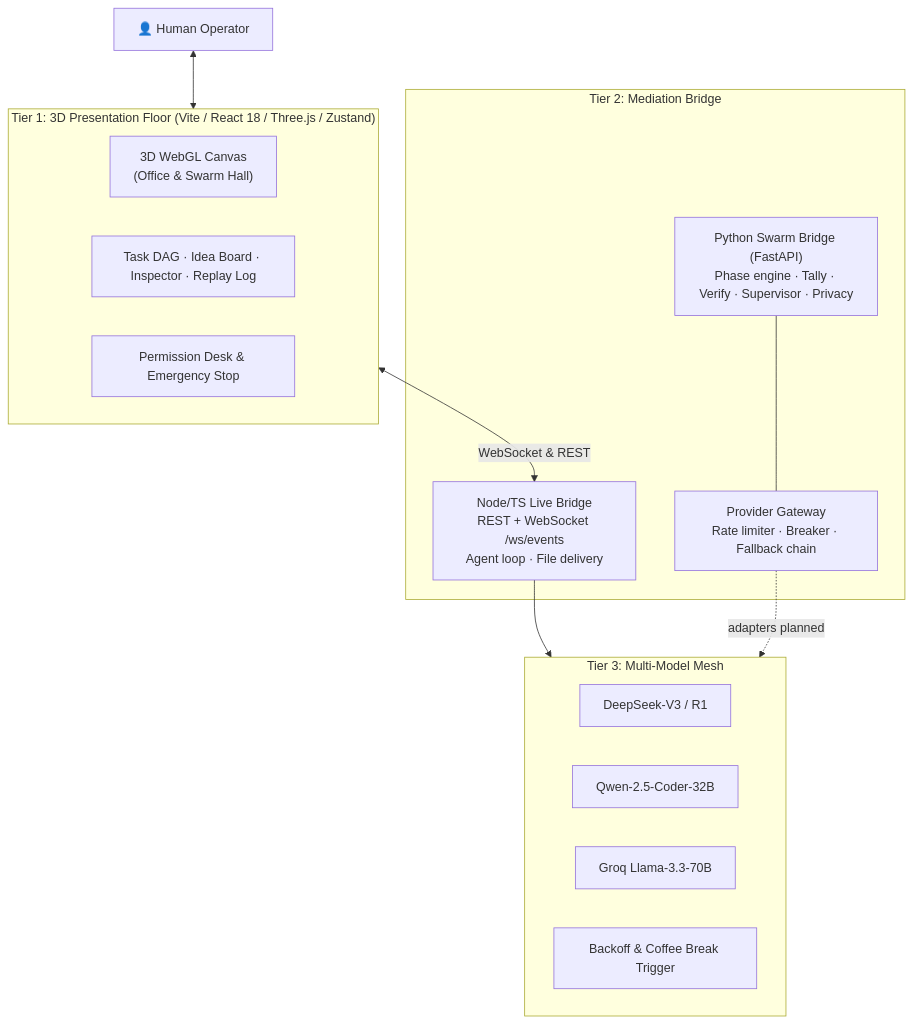
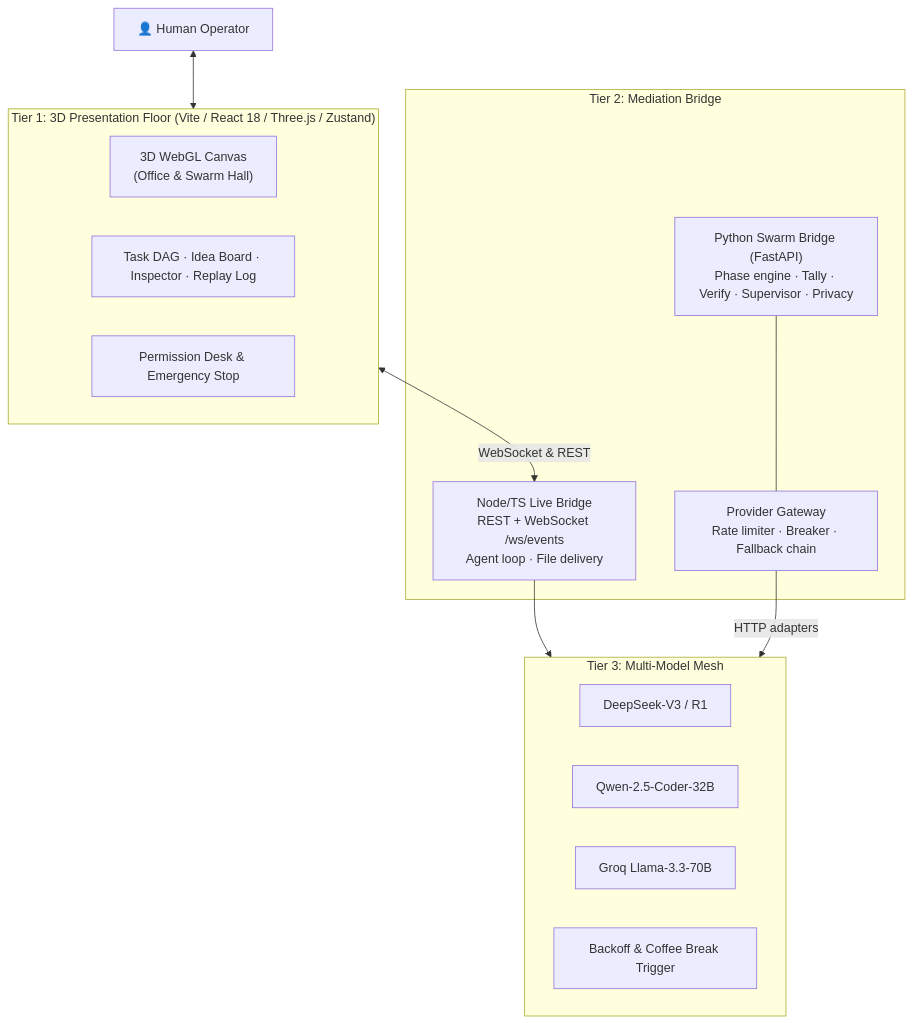
One commit to bhalerao-aditya007/DeskGravity changed the second of 3 diagrams in README.md. Above: the diagram before and after it, drawn with Mermaid. The commit also changed other lines of this file, not shown here.

````diff
--- a/README.md
+++ b/README.md
@@ -134,29 +134,29 @@
 ```mermaid
 flowchart TB
     User["👤 Human Operator"]
 
     subgraph Floor["Tier 1: 3D Presentation Floor (Vite / React 18 / Three.js / Zustand)"]
         Canvas["3D WebGL Canvas<br/>(Office & Swarm Hall)"]
         Panels["Task DAG · Idea Board · Inspector · Replay Log"]
         Safety["Permission Desk & Emergency Stop"]
     end
 
     subgraph Bridge["Tier 2: Mediation Bridge"]
         Node["Node/TS Live Bridge<br/>REST + WebSocket /ws/events<br/>Agent loop · File delivery"]
         Py["Python Swarm Bridge (FastAPI)<br/>Phase engine · Tally · Verify · Supervisor · Privacy"]
         Gateway["Provider Gateway<br/>Rate limiter · Breaker · Fallback chain"]
     end
 
     subgraph Models["Tier 3: Multi-Model Mesh"]
         DS["DeepSeek-V3 / R1"]
         Qwen["Qwen-2.5-Coder-32B"]
         Groq["Groq Llama-3.3-70B"]
         Backoff["Backoff & Coffee Break Trigger"]
     end
 
     User <--> Floor
     Floor <-->|"WebSocket & REST"| Node
     Node --> Models
     Py --- Gateway
-    Gateway -.->|"adapters planned"| Models
+    Gateway -->|"HTTP adapters"| Models
 ```
````
